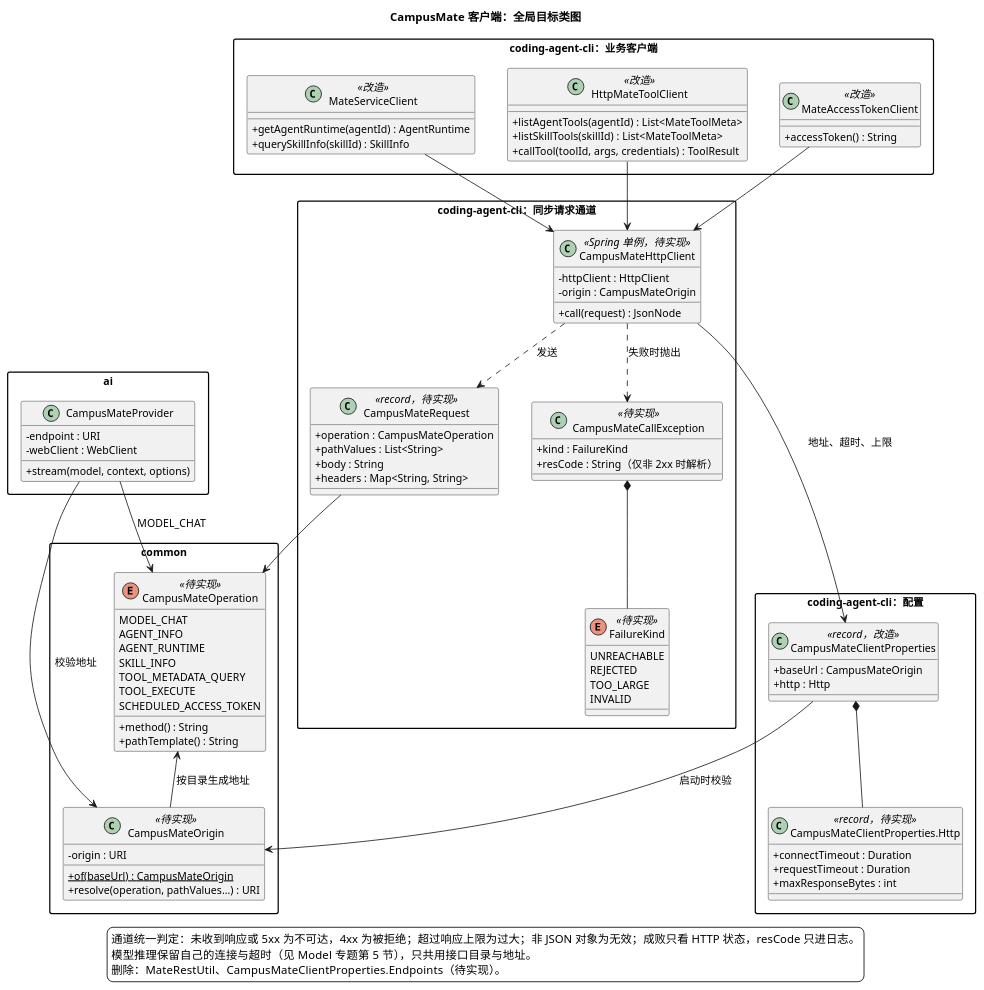
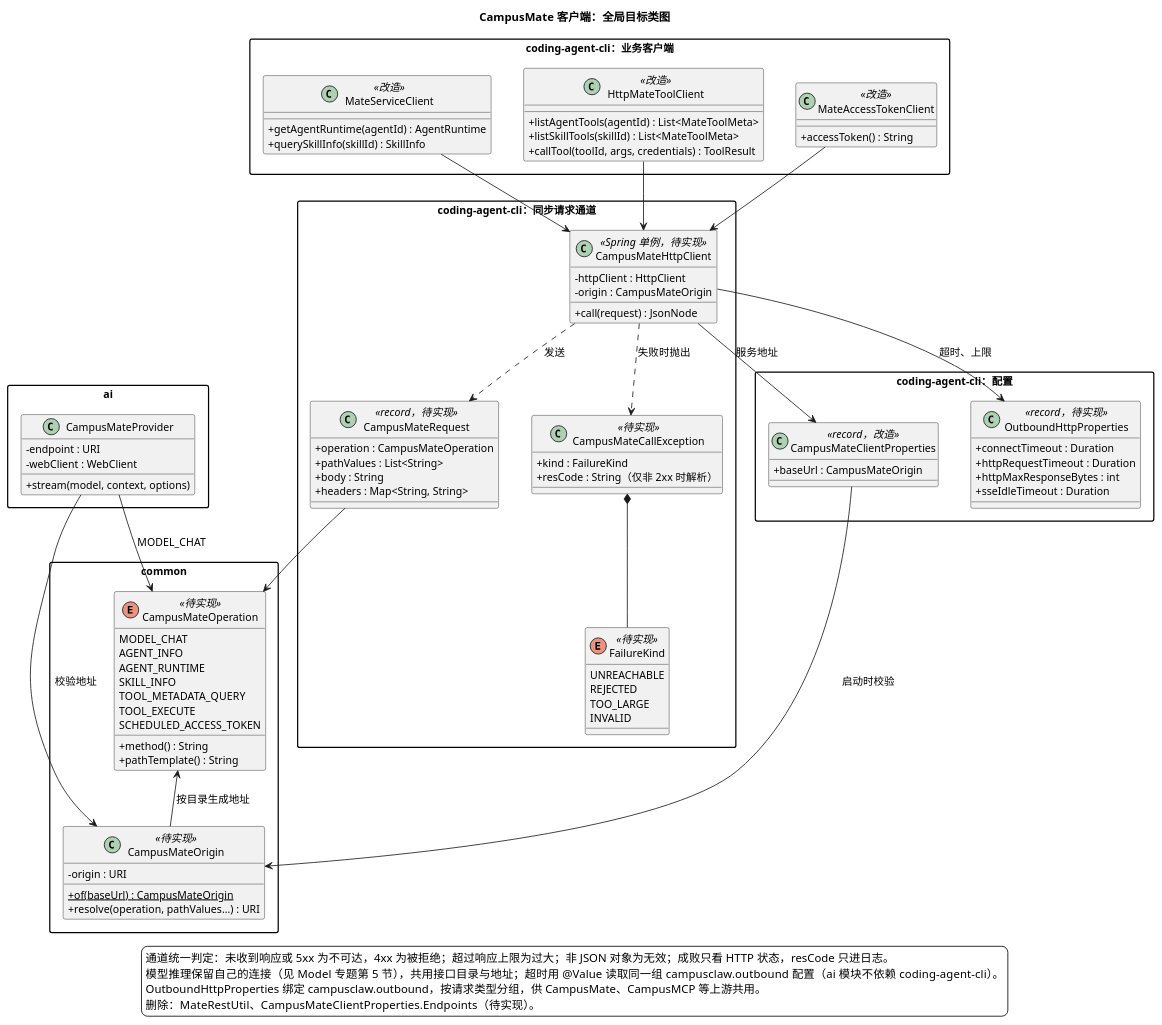
The third of 4 diagrams in 02-服务与接口/02-CampusMate共享客户端配置/diagram.puml (ssm0808/pi-mono-java-design), drawn with PlantUML before and after one commit. The commit also changed 3 other files, not shown here.

First line of the commit message:
传输参数按请求类型放到 campusclaw.outbound 下供各上游共用

```diff
--- a/02-服务与接口/02-CampusMate共享客户端配置/diagram.puml
+++ b/02-服务与接口/02-CampusMate共享客户端配置/diagram.puml
@@ -119,115 +119,116 @@
 @startuml campusmate_client_target_classes
 ' Java 基线：628dca25a694d9d056b15f012e1223d68091ab66；2026-10-21 拉取 main。
 ' 源码：modules/coding-agent-cli/src/main/java/com/campusclaw/codingagent/config/CampusMateClientProperties.java Endpoints（待删除）。
 ' 源码：modules/coding-agent-cli/src/main/java/com/campusclaw/codingagent/common/util/MateRestUtil.java（待删除）。
 ' 源码：modules/coding-agent-cli/src/main/java/com/campusclaw/codingagent/runtime/MateServiceClient.java send（迁入通道）。
 ' 源码：modules/ai/src/main/java/com/campusclaw/ai/provider/mate/CampusMateProvider.java validateChatPath（待删除）。
 ' 目标：待实现；接口目录与地址放 common，同步请求通道放 coding-agent-cli，三个业务客户端只依赖通道。
 ' 依赖方向：common <- ai <- agent-core <- coding-agent-cli；ai 不依赖 coding-agent-cli，所以目录必须在 common。
 ' 基线：Codex Provider + EndpointSession；Anthropic Java SDK ClientOptions + 各 Service。
 title CampusMate 客户端：全局目标类图
 skinparam backgroundColor white
 skinparam defaultFontSize 13
 skinparam classAttributeIconSize 0
 skinparam packageStyle rectangle
 skinparam nodesep 40
 skinparam ranksep 50
 
 package "common" as CommonPkg {
   enum CampusMateOperation <<待实现>> {
     MODEL_CHAT
     AGENT_INFO
     AGENT_RUNTIME
     SKILL_INFO
     TOOL_METADATA_QUERY
     TOOL_EXECUTE
     SCHEDULED_ACCESS_TOKEN
     + method() : String
     + pathTemplate() : String
   }
   class CampusMateOrigin <<待实现>> {
     - origin : URI
     + {static} of(baseUrl) : CampusMateOrigin
     + resolve(operation, pathValues...) : URI
   }
 }
 
 package "ai" as AiPkg {
   class CampusMateProvider {
     - endpoint : URI
     - webClient : WebClient
     + stream(model, context, options)
   }
 }
 
 package "coding-agent-cli：配置" as ConfigPkg {
   class CampusMateClientProperties <<record，改造>> {
     + baseUrl : CampusMateOrigin
-    + http : Http
   }
-  class "CampusMateClientProperties.Http" as HttpOptions <<record，待实现>> {
+  class "OutboundHttpProperties" as HttpOptions <<record，待实现>> {
     + connectTimeout : Duration
-    + requestTimeout : Duration
-    + maxResponseBytes : int
+    + httpRequestTimeout : Duration
+    + httpMaxResponseBytes : int
+    + sseIdleTimeout : Duration
   }
 }
 
 package "coding-agent-cli：同步请求通道" as ChannelPkg {
   class CampusMateHttpClient <<Spring 单例，待实现>> {
     - httpClient : HttpClient
     - origin : CampusMateOrigin
     + call(request) : JsonNode
   }
   class CampusMateRequest <<record，待实现>> {
     + operation : CampusMateOperation
     + pathValues : List<String>
     + body : String
     + headers : Map<String, String>
   }
   class CampusMateCallException <<待实现>> {
     + kind : FailureKind
     + resCode : String（仅非 2xx 时解析）
   }
   enum FailureKind <<待实现>> {
     UNREACHABLE
     REJECTED
     TOO_LARGE
     INVALID
   }
 }
 
 package "coding-agent-cli：业务客户端" as ClientPkg {
   class MateServiceClient <<改造>> {
     + getAgentRuntime(agentId) : AgentRuntime
     + querySkillInfo(skillId) : SkillInfo
   }
   class HttpMateToolClient <<改造>> {
     + listAgentTools(agentId) : List<MateToolMeta>
     + listSkillTools(skillId) : List<MateToolMeta>
     + callTool(toolId, args, credentials) : ToolResult
   }
   class MateAccessTokenClient <<改造>> {
     + accessToken() : String
   }
 }
 
 CampusMateOperation <-- CampusMateOrigin : 按目录生成地址
 CampusMateProvider --> CampusMateOrigin : 校验地址
 CampusMateProvider --> CampusMateOperation : MODEL_CHAT
-CampusMateClientProperties *-- HttpOptions
 CampusMateClientProperties --> CampusMateOrigin : 启动时校验
-CampusMateHttpClient --> CampusMateClientProperties : 地址、超时、上限
+CampusMateHttpClient --> CampusMateClientProperties : 服务地址
+CampusMateHttpClient --> HttpOptions : 超时、上限
 CampusMateHttpClient ..> CampusMateRequest : 发送
 CampusMateHttpClient ..> CampusMateCallException : 失败时抛出
 CampusMateCallException *-- FailureKind
 CampusMateRequest --> CampusMateOperation
 MateServiceClient --> CampusMateHttpClient
 HttpMateToolClient --> CampusMateHttpClient
 MateAccessTokenClient --> CampusMateHttpClient
 
 legend bottom
   通道统一判定：未收到响应或 5xx 为不可达，4xx 为被拒绝；超过响应上限为过大；非 JSON 对象为无效；成败只看 HTTP 状态，resCode 只进日志。
-  模型推理保留自己的连接与超时（见 Model 专题第 5 节），只共用接口目录与地址。
+  模型推理保留自己的连接（见 Model 专题第 5 节），共用接口目录与地址；超时用 @Value 读取同一组 campusclaw.outbound 配置（ai 模块不依赖 coding-agent-cli）。
+  OutboundHttpProperties 绑定 campusclaw.outbound，按请求类型分组，供 CampusMate、CampusMCP 等上游共用。
   删除：MateRestUtil、CampusMateClientProperties.Endpoints（待实现）。
 endlegend
 @enduml
```
